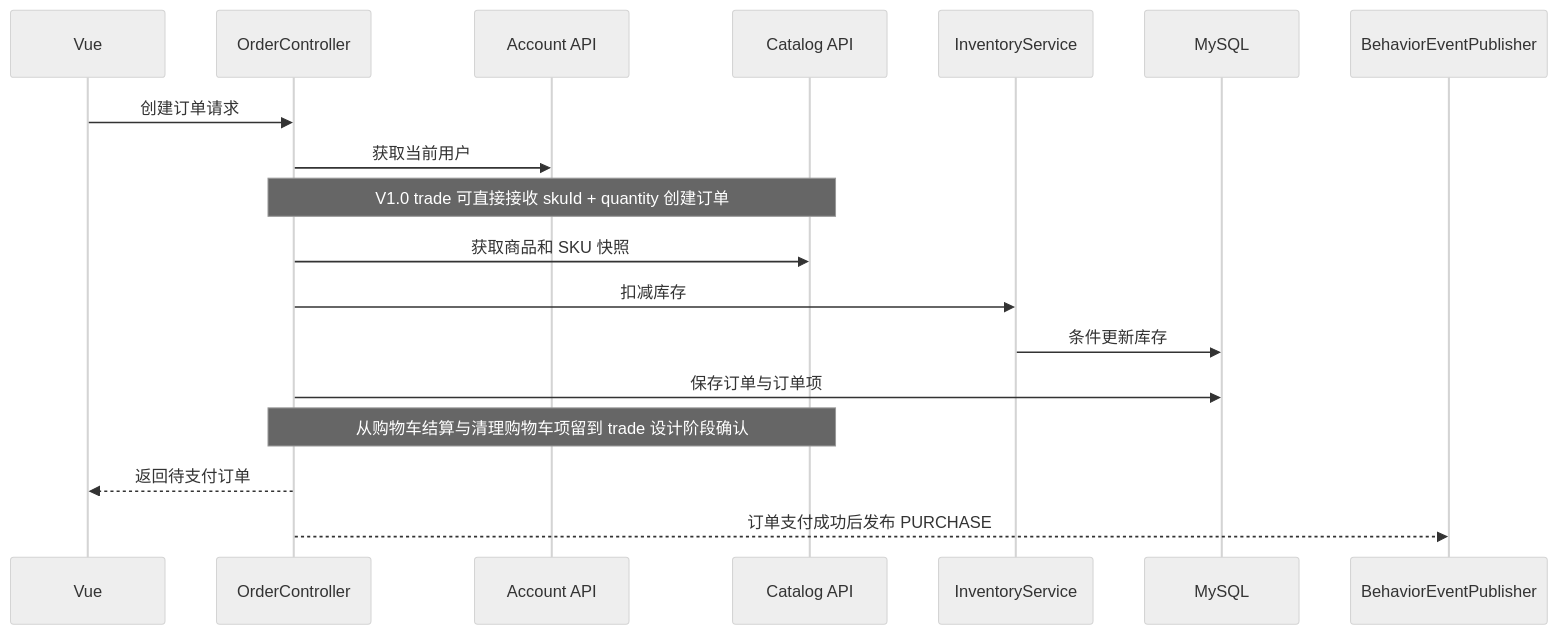
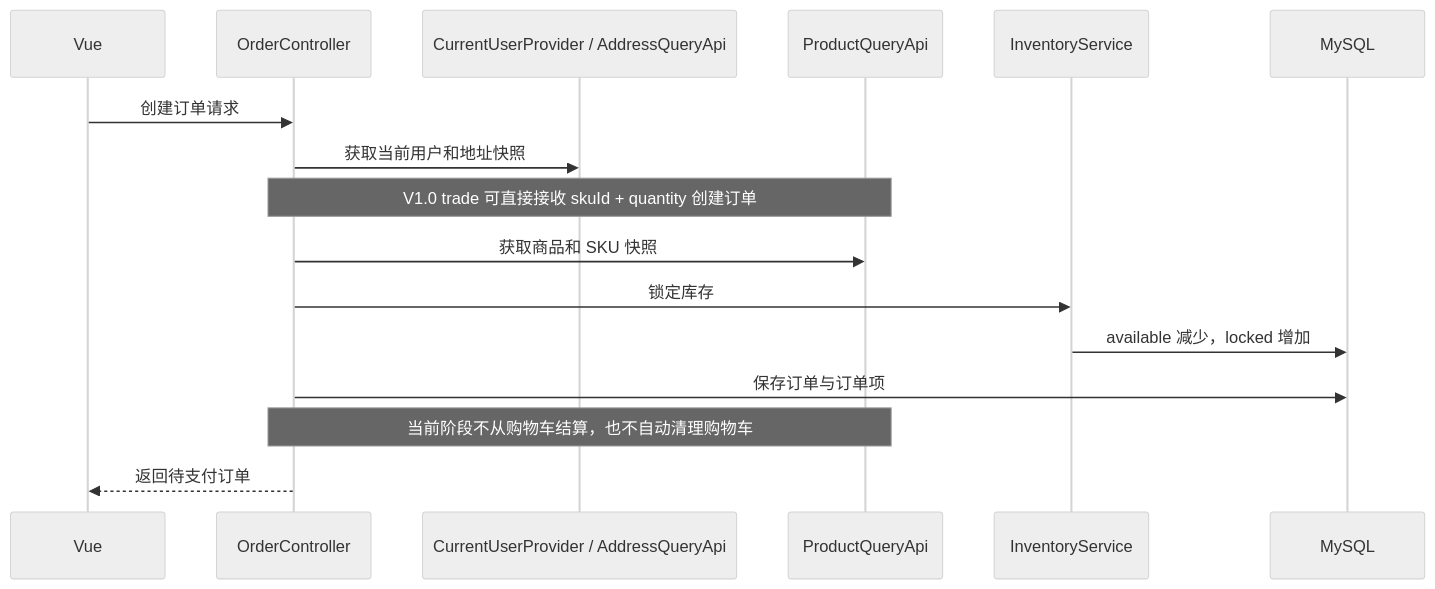
One commit to XMU-Linjer/persona-flow-commerce changed the tenth of 15 diagrams in docs/v1.0-architecture.md. Above: the diagram before and after it, drawn with Mermaid (neutral theme). The commit also changed other lines of this file and 2 other files, not shown here.

Commit message:
新增 trade 模块设计

````diff
--- a/docs/v1.0-architecture.md
+++ b/docs/v1.0-architecture.md
@@ -821,21 +820,19 @@
 ```mermaid
 sequenceDiagram
     participant Web as Vue
     participant Order as OrderController
-    participant Account as Account API
-    participant Catalog as Catalog API
+    participant Account as CurrentUserProvider / AddressQueryApi
+    participant Catalog as ProductQueryApi
     participant Inventory as InventoryService
     participant DB as MySQL
-    participant Event as BehaviorEventPublisher
 
     Web->>Order: 创建订单请求
-    Order->>Account: 获取当前用户
+    Order->>Account: 获取当前用户和地址快照
     Note over Order,Catalog: V1.0 trade 可直接接收 skuId + quantity 创建订单
     Order->>Catalog: 获取商品和 SKU 快照
-    Order->>Inventory: 扣减库存
-    Inventory->>DB: 条件更新库存
+    Order->>Inventory: 锁定库存
+    Inventory->>DB: available 减少，locked 增加
     Order->>DB: 保存订单与订单项
-    Note over Order,Catalog: 从购物车结算与清理购物车项留到 trade 设计阶段确认
+    Note over Order,Catalog: 当前阶段不从购物车结算，也不自动清理购物车
     Order-->>Web: 返回待支付订单
-    Order-->>Event: 订单支付成功后发布 PURCHASE
 ```
````
